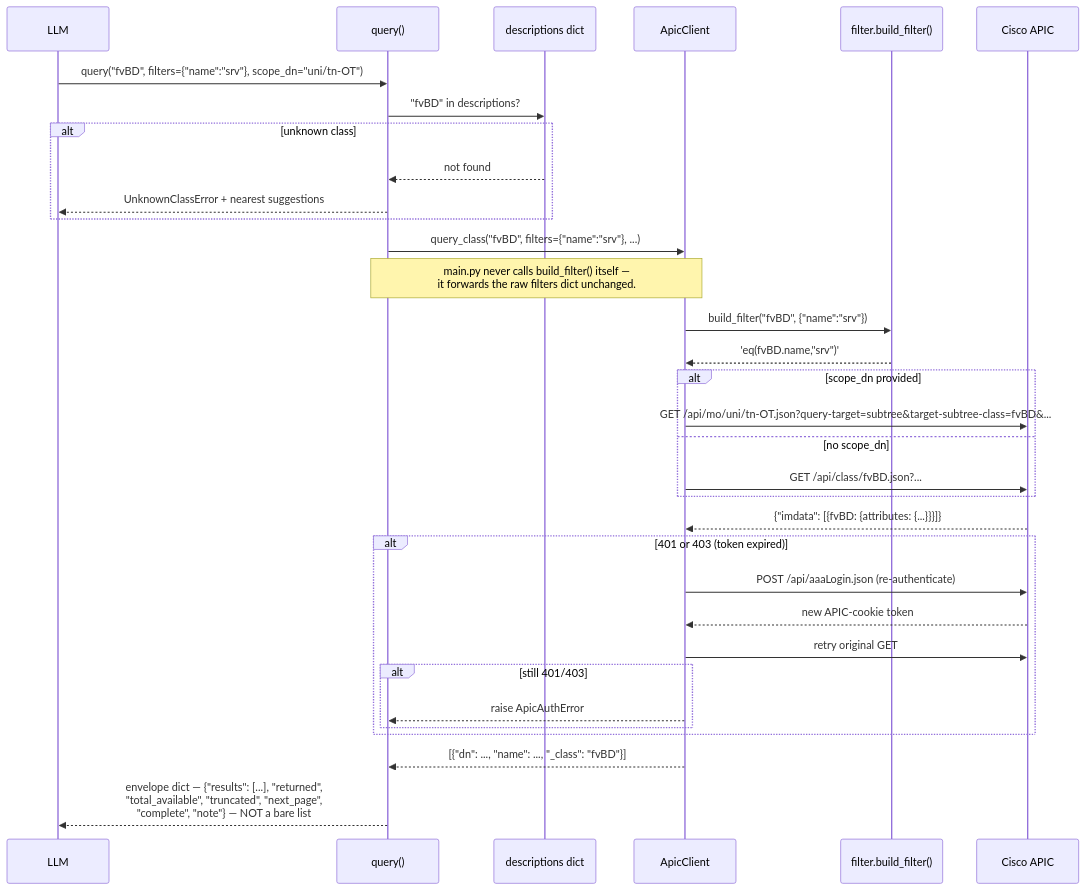
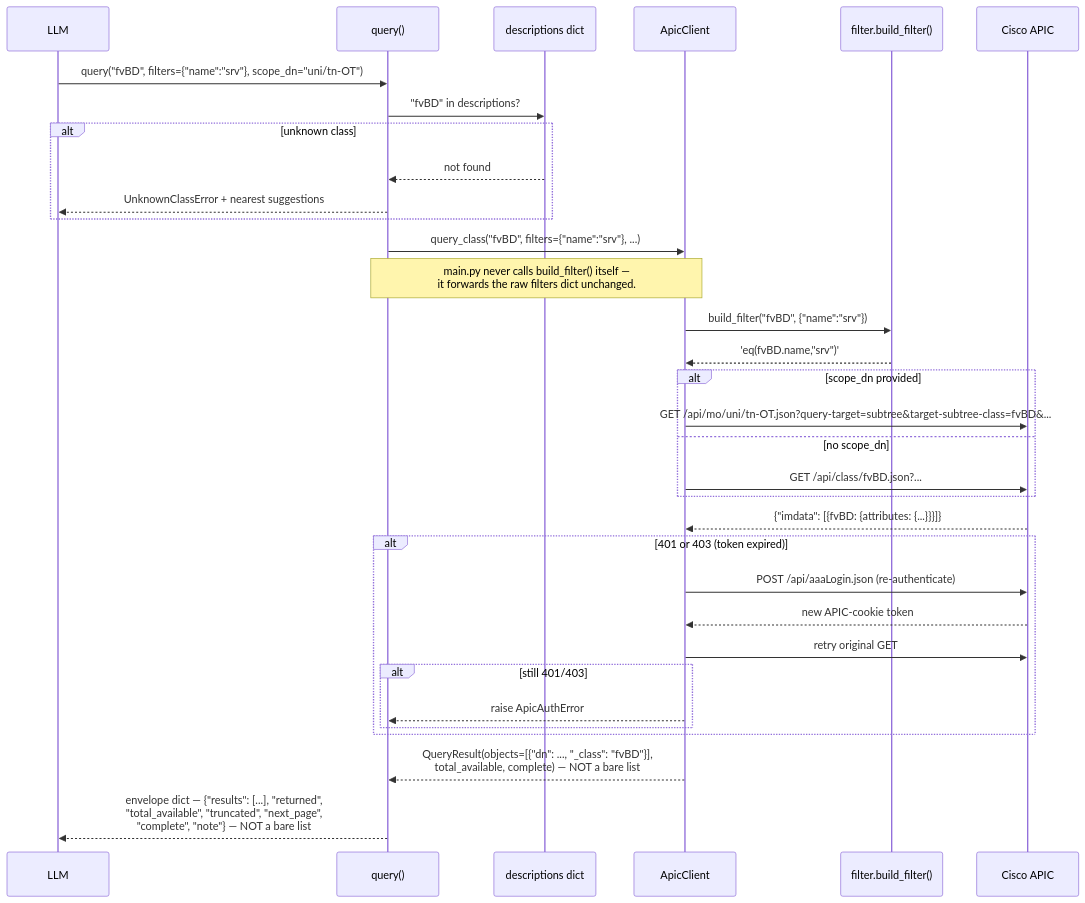
The fourth of 5 diagrams in docs/architecture/data-flow.md (k3l0-dev/aci-mcp), drawn with Mermaid before and after one commit. The commit also changed 2 other files, not shown here.

````diff
--- a/docs/architecture/data-flow.md
+++ b/docs/architecture/data-flow.md
@@ -75,42 +75,42 @@
 ```mermaid
 sequenceDiagram
     participant LLM
     participant tool as query()
     participant desc as descriptions dict
     participant apic as ApicClient
     participant filter as filter.build_filter()
     participant cisco as Cisco APIC
 
     LLM->>tool: query("fvBD", filters={"name":"srv"}, scope_dn="uni/tn-OT")
 
     tool->>desc: "fvBD" in descriptions?
     alt unknown class
         desc-->>tool: not found
         tool-->>LLM: UnknownClassError + nearest suggestions
     end
 
     tool->>apic: query_class("fvBD", filters={"name":"srv"}, ...)
     Note over tool,apic: main.py never calls build_filter() itself —<br/>it forwards the raw filters dict unchanged.
     apic->>filter: build_filter("fvBD", {"name":"srv"})
     filter-->>apic: 'eq(fvBD.name,"srv")'
 
     alt scope_dn provided
         apic->>cisco: GET /api/mo/uni/tn-OT.json?query-target=subtree&target-subtree-class=fvBD&...
     else no scope_dn
         apic->>cisco: GET /api/class/fvBD.json?...
     end
 
     cisco-->>apic: {"imdata": [{fvBD: {attributes: {...}}}]}
 
     alt 401 or 403 (token expired)
         apic->>cisco: POST /api/aaaLogin.json (re-authenticate)
         cisco-->>apic: new APIC-cookie token
         apic->>cisco: retry original GET
         alt still 401/403
             apic-->>tool: raise ApicAuthError
         end
     end
 
-    apic-->>tool: [{"dn": ..., "name": ..., "_class": "fvBD"}]
+    apic-->>tool: QueryResult(objects=[{"dn": ..., "_class": "fvBD"}],<br/>total_available, complete) — NOT a bare list
     tool-->>LLM: envelope dict — {"results": [...], "returned",<br/>"total_available", "truncated", "next_page",<br/>"complete", "note"} — NOT a bare list
 ```
````
